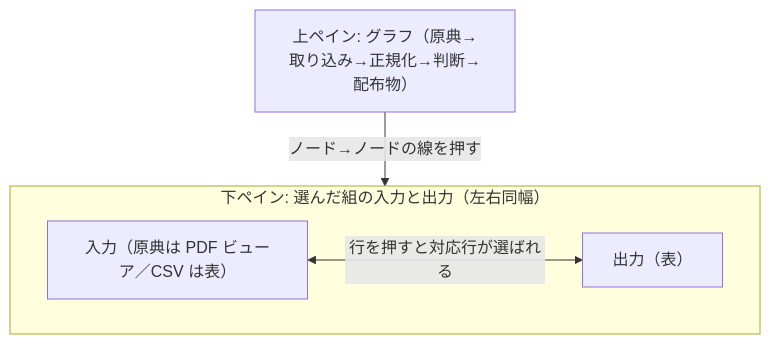
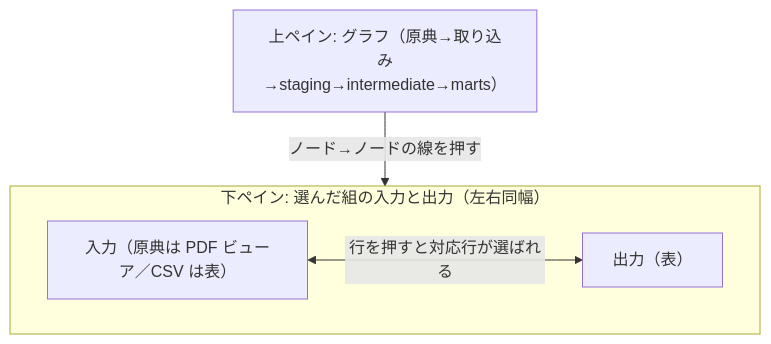
The diagram in docs/prd/pipeline-verification-view/prd.md (wwwyo/fudoki), drawn with Mermaid before and after one commit. The commit also changed other lines of this file and 126 other files, not shown here.

First line of the commit message:
feat(budget): 会計構造の横断比較とパイプラインの図解案内 (#37)

````diff
--- a/docs/prd/pipeline-verification-view/prd.md
+++ b/docs/prd/pipeline-verification-view/prd.md
@@ -26,10 +28,10 @@
 ```mermaid
 flowchart TD
-    G["上ペイン: グラフ（原典→取り込み→正規化→判断→配布物）"]
+    G["上ペイン: グラフ（原典→取り込み→staging→intermediate→marts）"]
     G -->|ノード→ノードの線を押す| IO
     subgraph IO["下ペイン: 選んだ組の入力と出力（左右同幅）"]
         I["入力（原典は PDF ビューア／CSV は表）"]
         O["出力（表）"]
         I <-->|行を押すと対応行が選ばれる| O
     end
 ```
````
